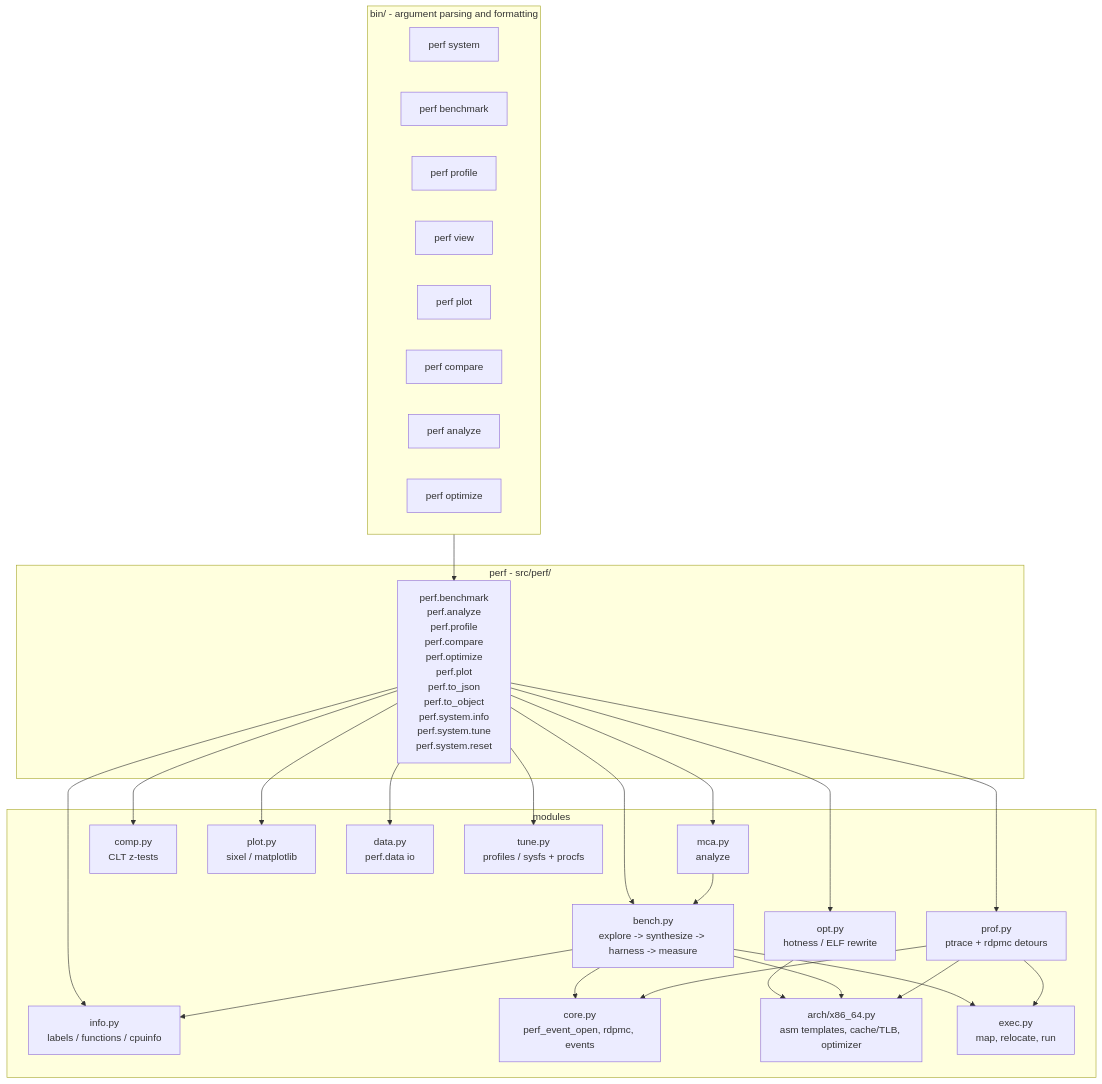
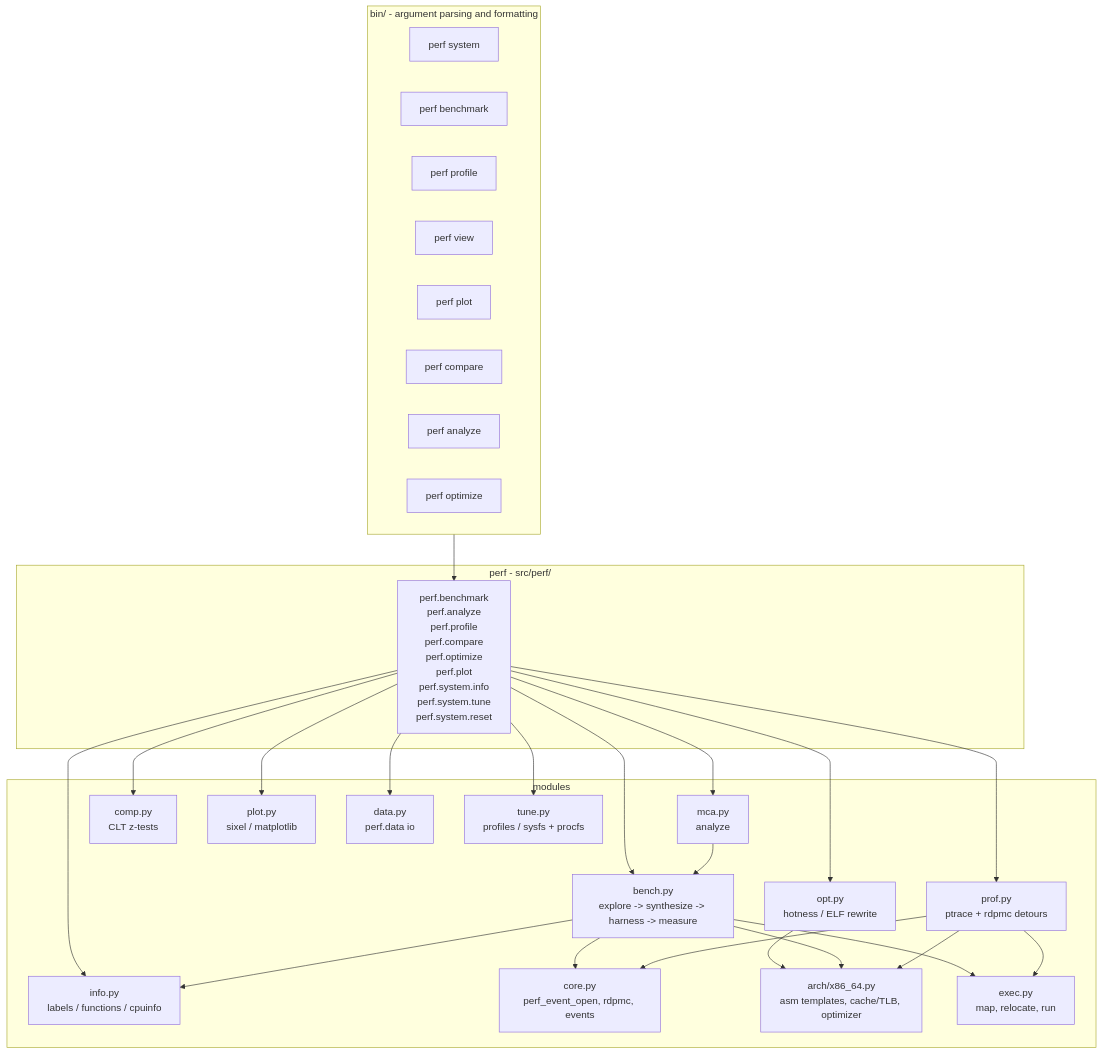
The first of 2 diagrams in src/README.md (perf-labs/perf), drawn with Mermaid before and after one commit. The commit also changed other lines of this file and 17 other files, not shown here.

````diff
--- a/src/README.md
+++ b/src/README.md
@@ -7,49 +7,49 @@
 ```mermaid
 flowchart TD
     subgraph cli["bin/ - argument parsing and formatting"]
         info[perf system]
         bench[perf benchmark]
         prof[perf profile]
         view[perf view]
         plot[perf plot]
         comp[perf compare]
         analyze[perf analyze]
         optimize[perf optimize]
     end
     subgraph lib["perf - src/perf/"]
-        api["perf.benchmark<br/>perf.analyze<br/>perf.profile<br/>perf.compare<br/>perf.optimize<br/>perf.plot<br/>perf.to_json<br/>perf.to_object<br/>perf.system.info<br/>perf.system.tune<br/>perf.system.reset"]
+        api["perf.benchmark<br/>perf.analyze<br/>perf.profile<br/>perf.compare<br/>perf.optimize<br/>perf.plot<br/>perf.system.info<br/>perf.system.tune<br/>perf.system.reset"]
     end
     subgraph core["modules"]
         bench_m["bench.py<br/>explore -> synthesize -> harness -> measure"]
         mca_m["mca.py<br/>analyze"]
         opt_m["opt.py<br/>hotness / ELF rewrite"]
         prof_m["prof.py<br/>ptrace + rdpmc detours"]
         comp_m["comp.py<br/>CLT z-tests"]
         plot_m["plot.py<br/>sixel / matplotlib"]
         data_m["data.py<br/>perf.data io"]
         info_m["info.py<br/>labels / functions / cpuinfo"]
         tune_m["tune.py<br/>profiles / sysfs + procfs"]
         core_m["core.py<br/>perf_event_open, rdpmc, events"]
         arch_m["arch/x86_64.py<br/>asm templates, cache/TLB, optimizer"]
         elf_m["exec.py<br/>map, relocate, run"]
     end
     cli --> api
     api --> bench_m
     api --> mca_m
     api --> opt_m
     api --> prof_m
     api --> comp_m
     api --> plot_m
     api --> data_m
     api --> info_m
     api --> tune_m
     opt_m --> arch_m
     bench_m --> core_m
     bench_m --> arch_m
     bench_m --> elf_m
     bench_m --> info_m
     mca_m --> bench_m
     prof_m --> core_m
     prof_m --> arch_m
     prof_m --> elf_m
 ```
````
